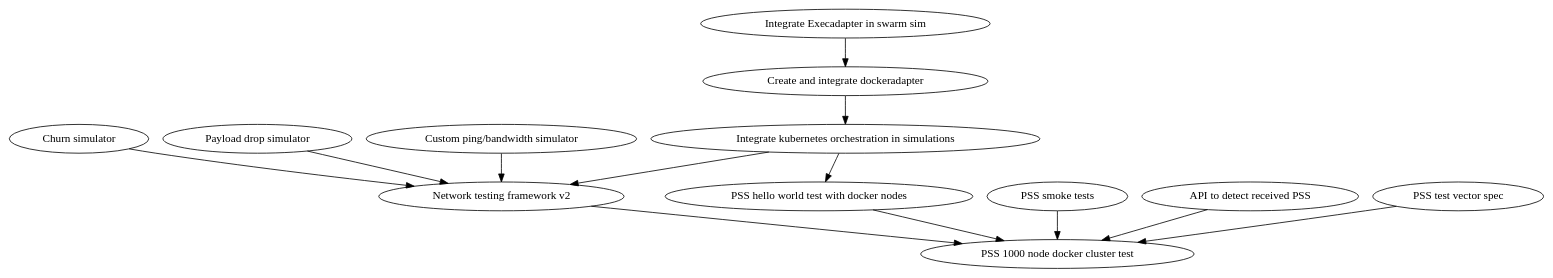
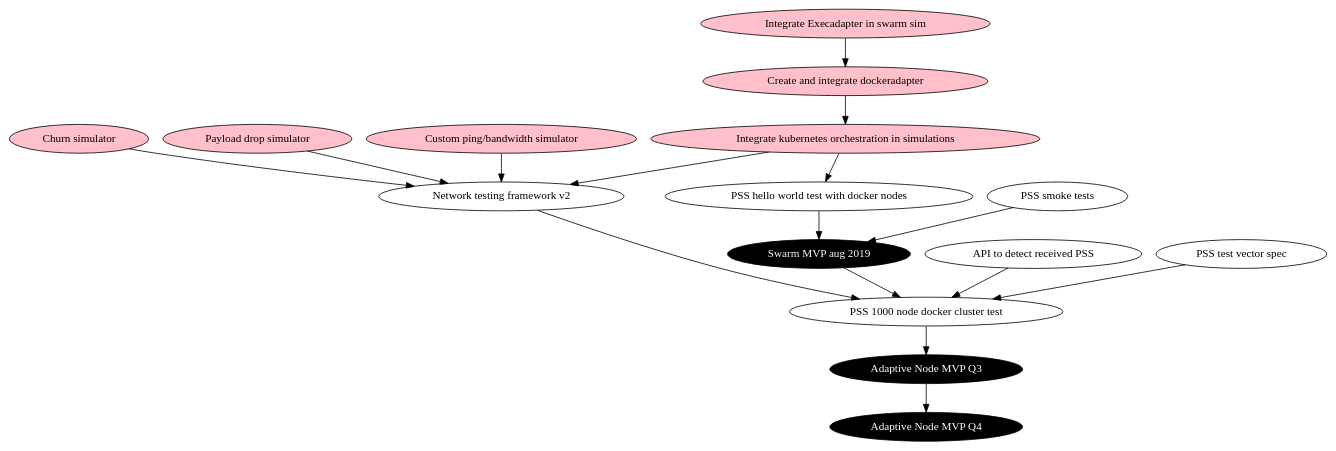
Before and after one commit to nolash/swarm-adaptive-node: the diagram in testdep.dot, drawn with Graphviz. The commit also changed 8 other files, not shown here.

Commit message:
Add makefile for diagrams, embed new svgs in readme

```diff
--- a/testdep.dot
+++ b/testdep.dot
@@ -1,24 +1,31 @@
 digraph {
-	test_execadapter [label="Integrate Execadapter in swarm sim"]
-	test_dockeradapter [label="Create and integrate dockeradapter"]
-	test_dockerkubernetes [label="Integrate kubernetes orchestration in simulations"]
+	test_execadapter [label="Integrate Execadapter in swarm sim",style="filled",fillcolor="pink"]
+	test_dockeradapter [label="Create and integrate dockeradapter",style="filled",fillcolor="pink"]
+	test_dockerkubernetes [label="Integrate kubernetes orchestration in simulations",style="filled",fillcolor="pink"]
 	test_sim2 [label="Network testing framework v2"]
 	test_pssdockerinit [label="PSS hello world test with docker nodes"]
-	test_churn [label="Churn simulator"]
-	test_drop [label="Payload drop simulator"]
-	test_throttle [label="Custom ping/bandwidth simulator"]
+	test_churn [label="Churn simulator",style="filled",fillcolor="pink"]
+	test_drop [label="Payload drop simulator",style="filled",fillcolor="pink"]
+	test_throttle [label="Custom ping/bandwidth simulator",style="filled",fillcolor="pink"]
 	test_psssmoke [label="PSS smoke tests"]
 	test_pssmsghook [label="API to detect received PSS"]
 	test_pssfinal [label="PSS 1000 node docker cluster test"]
 	test_pssfinalspec [label="PSS test vector spec"]
+	mvp_aug [label="Swarm MVP aug 2019",style="filled",fillcolor="black",fontcolor="white"]
+	mvp_q3 [label="Adaptive Node MVP Q3",style="filled",fillcolor="black",fontcolor="white"]
+	mvp_q4 [label="Adaptive Node MVP Q4",style="filled",fillcolor="black",fontcolor="white"]
 
 	test_execadapter -> test_dockeradapter -> test_dockerkubernetes -> test_sim2
-	test_dockerkubernetes -> test_pssdockerinit -> test_pssfinal
+	test_dockerkubernetes -> test_pssdockerinit -> mvp_aug
+	test_psssmoke -> mvp_aug
+
 	test_churn -> test_sim2
 	test_throttle -> test_sim2
 	test_drop -> test_sim2
 	test_sim2 -> test_pssfinal
-	test_psssmoke -> test_pssfinal
 	test_pssmsghook -> test_pssfinal
 	test_pssfinalspec -> test_pssfinal
+	mvp_aug -> test_pssfinal 
+	test_pssfinal -> mvp_q3
+	mvp_q3 -> mvp_q4
 }
```
